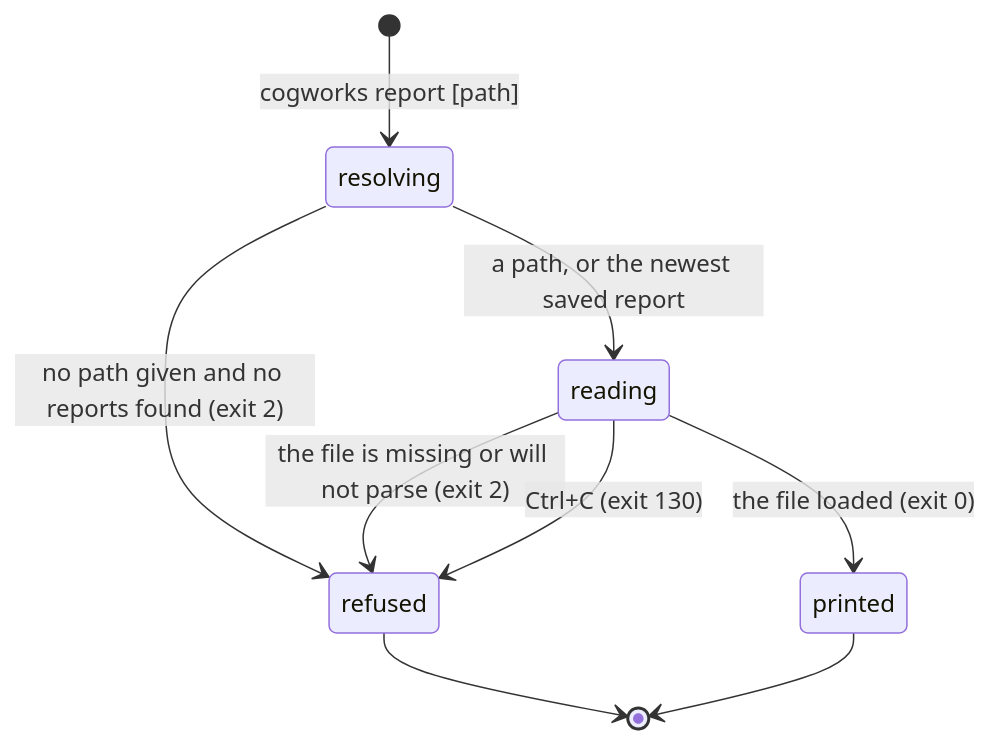
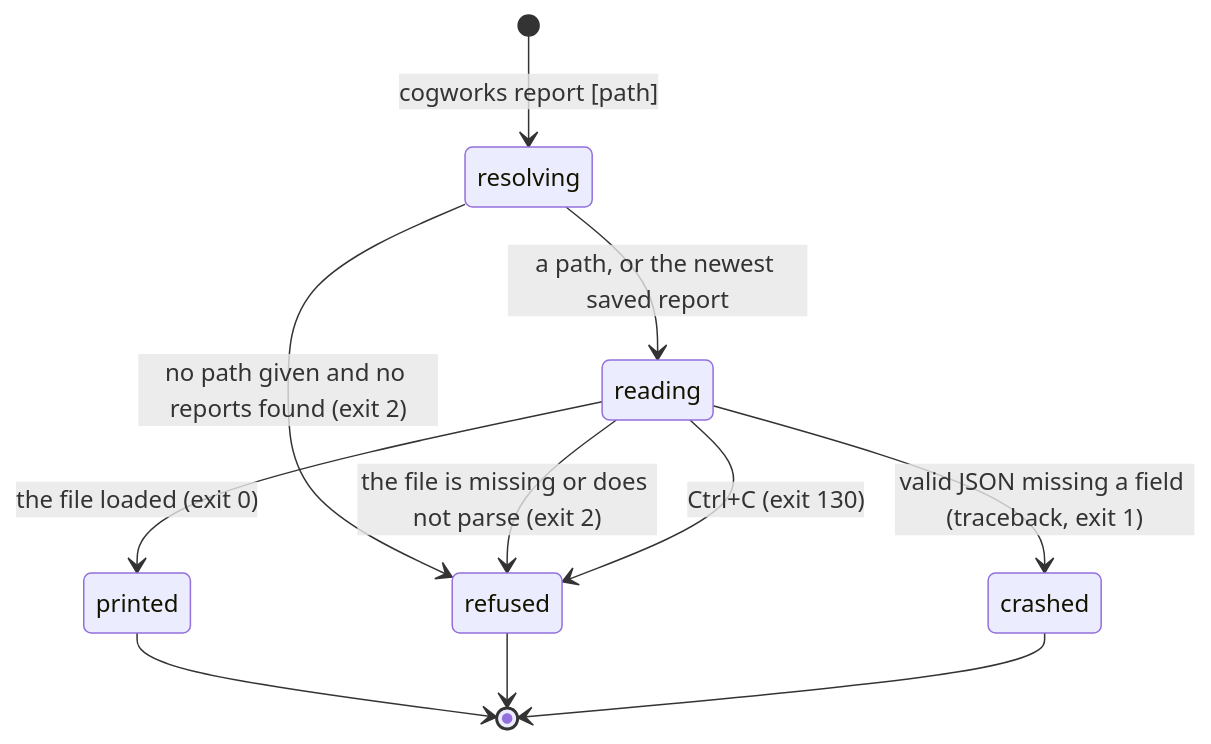
Before and after one commit to SamGu-NRX/CogPortal: the diagram in docs/product-description/terminal/report.md, drawn with Mermaid. The commit also changed other lines of this file and 41 other files, not shown here.

````diff
--- a/docs/product-description/terminal/report.md
+++ b/docs/product-description/terminal/report.md
@@ -36,11 +35,13 @@
 ```mermaid
 stateDiagram-v2
     [*] --> resolving : cogworks report [path]
     resolving --> refused : no path given and no reports found (exit 2)
     resolving --> reading : a path, or the newest saved report
-    reading --> refused : the file is missing or will not parse (exit 2)
+    reading --> refused : the file is missing or does not parse (exit 2)
+    reading --> crashed : valid JSON missing a field (traceback, exit 1)
     reading --> refused : Ctrl+C (exit 130)
     reading --> printed : the file loaded (exit 0)
     printed --> [*]
     refused --> [*]
+    crashed --> [*]
 ```
````
